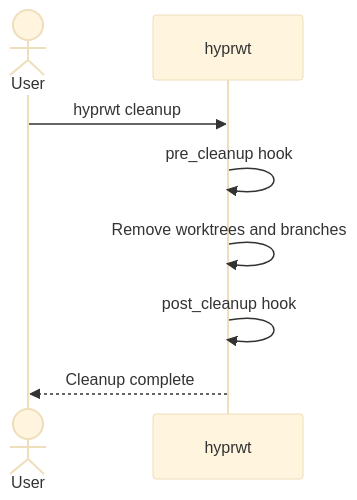
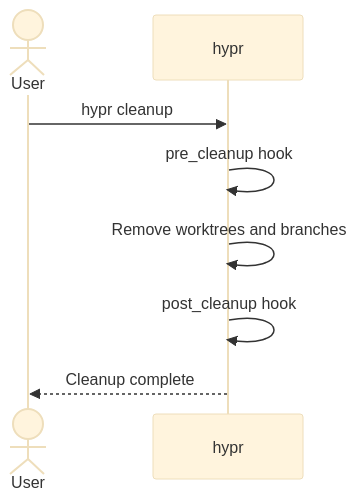
The third of 3 diagrams in docs/lifecyclehooks.md (Stephanvs/hypr), drawn with Mermaid (base theme) before and after one commit. The commit also changed other lines of this file and 45 other files, not shown here.

Commit message:
feat: rename hyprwt -> hypr

````diff
--- a/docs/lifecyclehooks.md
+++ b/docs/lifecyclehooks.md
@@ -108,11 +108,11 @@
 ```mermaid
 sequenceDiagram
     actor User
-    participant hyprwt
+    participant hypr
 
-    User->>hyprwt: hyprwt cleanup
-    hyprwt->>hyprwt: pre_cleanup hook
-    hyprwt->>hyprwt: Remove worktrees and branches
-    hyprwt->>hyprwt: post_cleanup hook
-    hyprwt-->>User: Cleanup complete
+    User->>hypr: hypr cleanup
+    hypr->>hypr: pre_cleanup hook
+    hypr->>hypr: Remove worktrees and branches
+    hypr->>hypr: post_cleanup hook
+    hypr-->>User: Cleanup complete
 ```
````
